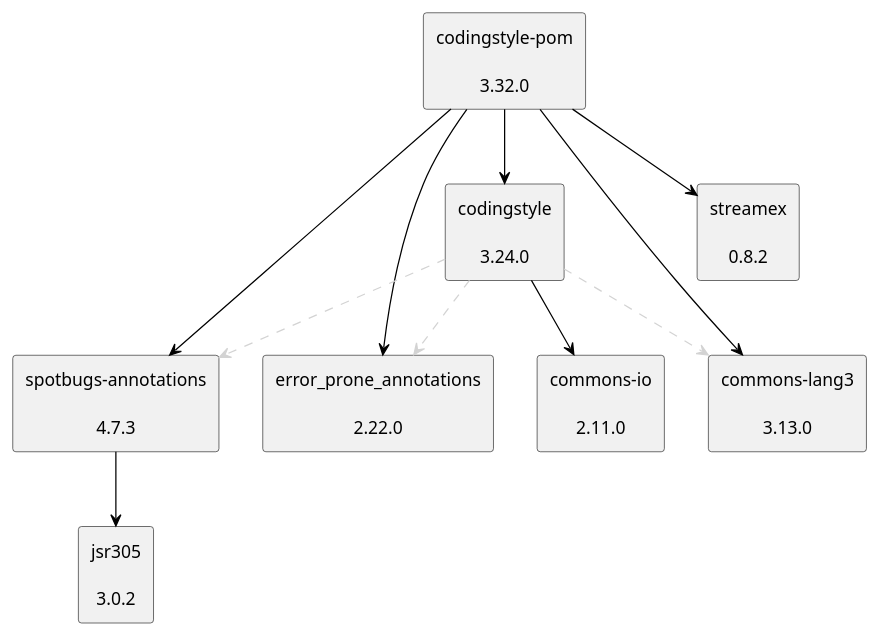
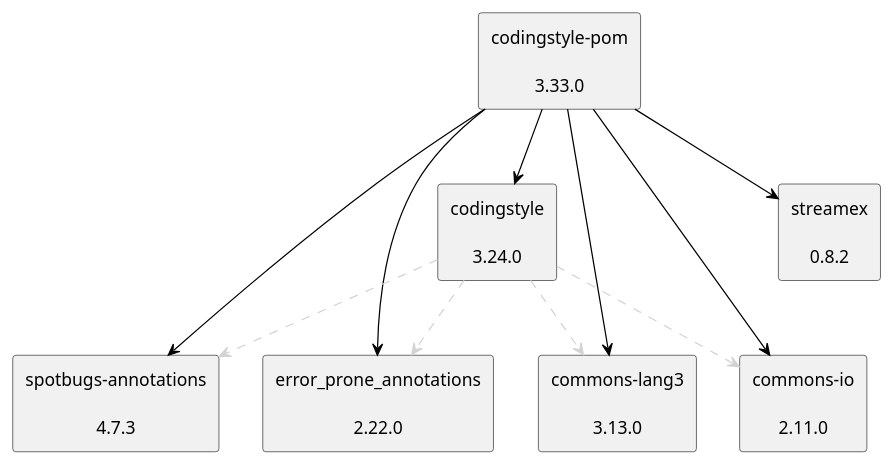
One commit to uhafner/codingstyle-pom changed the diagram in doc/dependency-graph.puml. Above: the diagram before and after it, drawn with PlantUML.

Commit message:
Show new dependencies.

```diff
--- a/doc/dependency-graph.puml
+++ b/doc/dependency-graph.puml
@@ -1,27 +1,26 @@
 @startuml
 skinparam defaultTextAlignment center
 skinparam rectangle {
   BackgroundColor<<optional>> beige
   BackgroundColor<<test>> lightGreen
   BackgroundColor<<runtime>> lightBlue
   BackgroundColor<<provided>> lightGray
 }
+rectangle "codingstyle-pom\n\n3.33.0" as edu_hm_hafner_codingstyle_pom_pom
 rectangle "spotbugs-annotations\n\n4.7.3" as com_github_spotbugs_spotbugs_annotations_jar
-rectangle "jsr305\n\n3.0.2" as com_google_code_findbugs_jsr305_jar
-rectangle "codingstyle-pom\n\n3.32.0" as edu_hm_hafner_codingstyle_pom_pom
 rectangle "error_prone_annotations\n\n2.22.0" as com_google_errorprone_error_prone_annotations_jar
 rectangle "streamex\n\n0.8.2" as one_util_streamex_jar
 rectangle "codingstyle\n\n3.24.0" as edu_hm_hafner_codingstyle_jar
 rectangle "commons-lang3\n\n3.13.0" as org_apache_commons_commons_lang3_jar
 rectangle "commons-io\n\n2.11.0" as commons_io_commons_io_jar
-com_github_spotbugs_spotbugs_annotations_jar -[#000000]-> com_google_code_findbugs_jsr305_jar
 edu_hm_hafner_codingstyle_pom_pom -[#000000]-> com_github_spotbugs_spotbugs_annotations_jar
 edu_hm_hafner_codingstyle_pom_pom -[#000000]-> com_google_errorprone_error_prone_annotations_jar
 edu_hm_hafner_codingstyle_pom_pom -[#000000]-> one_util_streamex_jar
 edu_hm_hafner_codingstyle_jar .[#D3D3D3].> com_github_spotbugs_spotbugs_annotations_jar
 edu_hm_hafner_codingstyle_jar .[#D3D3D3].> com_google_errorprone_error_prone_annotations_jar
 edu_hm_hafner_codingstyle_jar .[#D3D3D3].> org_apache_commons_commons_lang3_jar
-edu_hm_hafner_codingstyle_jar -[#000000]-> commons_io_commons_io_jar
+edu_hm_hafner_codingstyle_jar .[#D3D3D3].> commons_io_commons_io_jar
 edu_hm_hafner_codingstyle_pom_pom -[#000000]-> edu_hm_hafner_codingstyle_jar
 edu_hm_hafner_codingstyle_pom_pom -[#000000]-> org_apache_commons_commons_lang3_jar
+edu_hm_hafner_codingstyle_pom_pom -[#000000]-> commons_io_commons_io_jar
 @enduml
```
